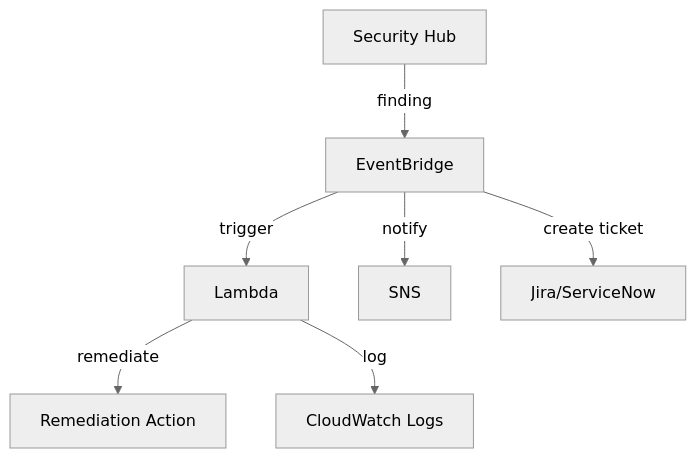
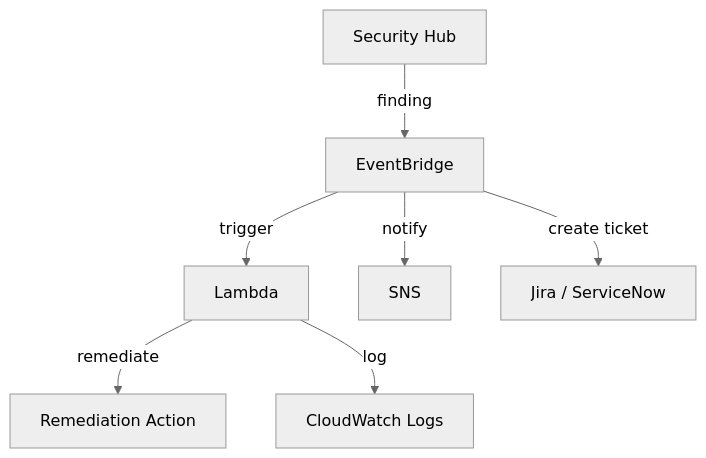
Before and after one commit to Root-Shells/aws_scs_udemy: the third of 3 diagrams in domain_1_detection/security_hub.md, drawn with Mermaid (neutral theme). The commit also changed other lines of this file and 7 other files, not shown here.

````diff
--- a/domain_1_detection/security_hub.md
+++ b/domain_1_detection/security_hub.md
@@ -215,11 +70,11 @@
 ```mermaid
 flowchart TD
     SH["Security Hub"] -- "finding" --> EB["EventBridge"]
     
     EB -- "trigger" --> Lambda["Lambda"]
     EB -- "notify" --> SNS["SNS"]
-    EB -- "create ticket" --> Jira["Jira/ServiceNow"]
+    EB -- "create ticket" --> Jira["Jira / ServiceNow"]
     
     Lambda -- "remediate" --> Action["Remediation Action"]
     Lambda -- "log" --> CloudWatch["CloudWatch Logs"]
 ```
````
